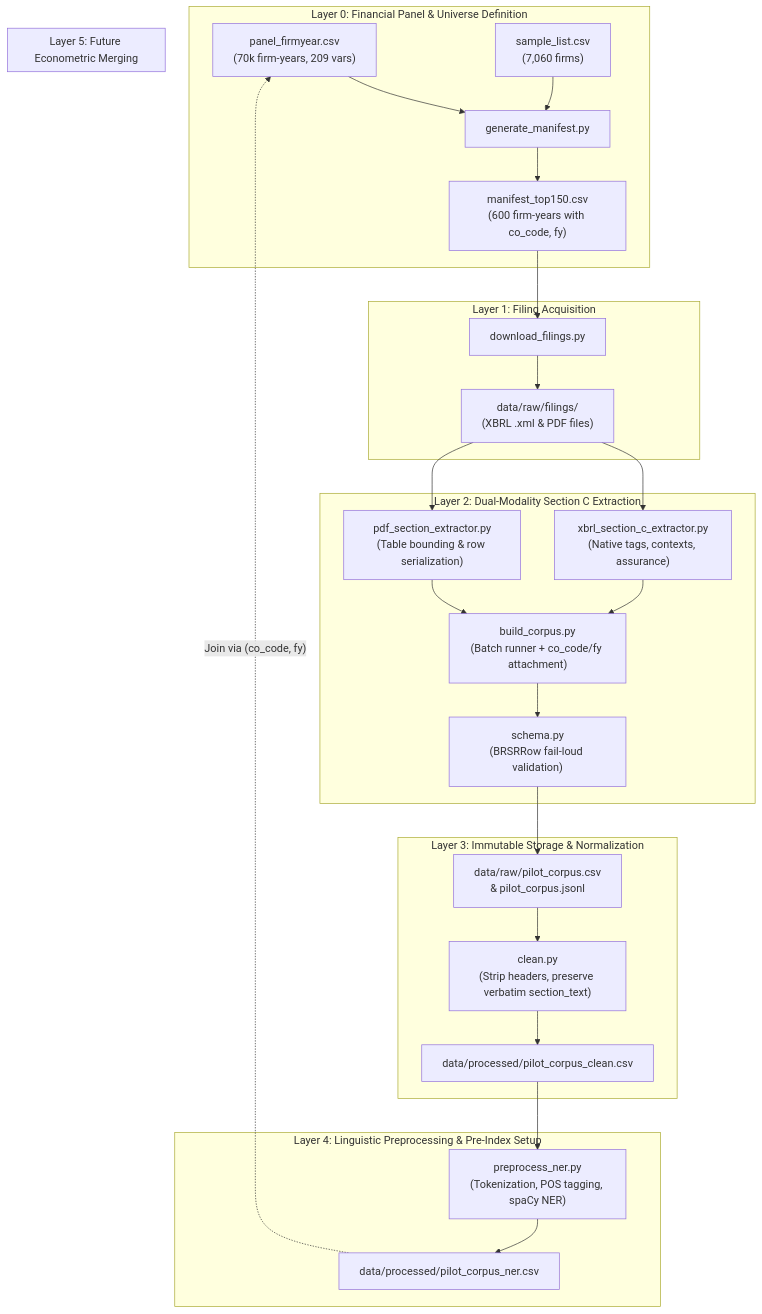
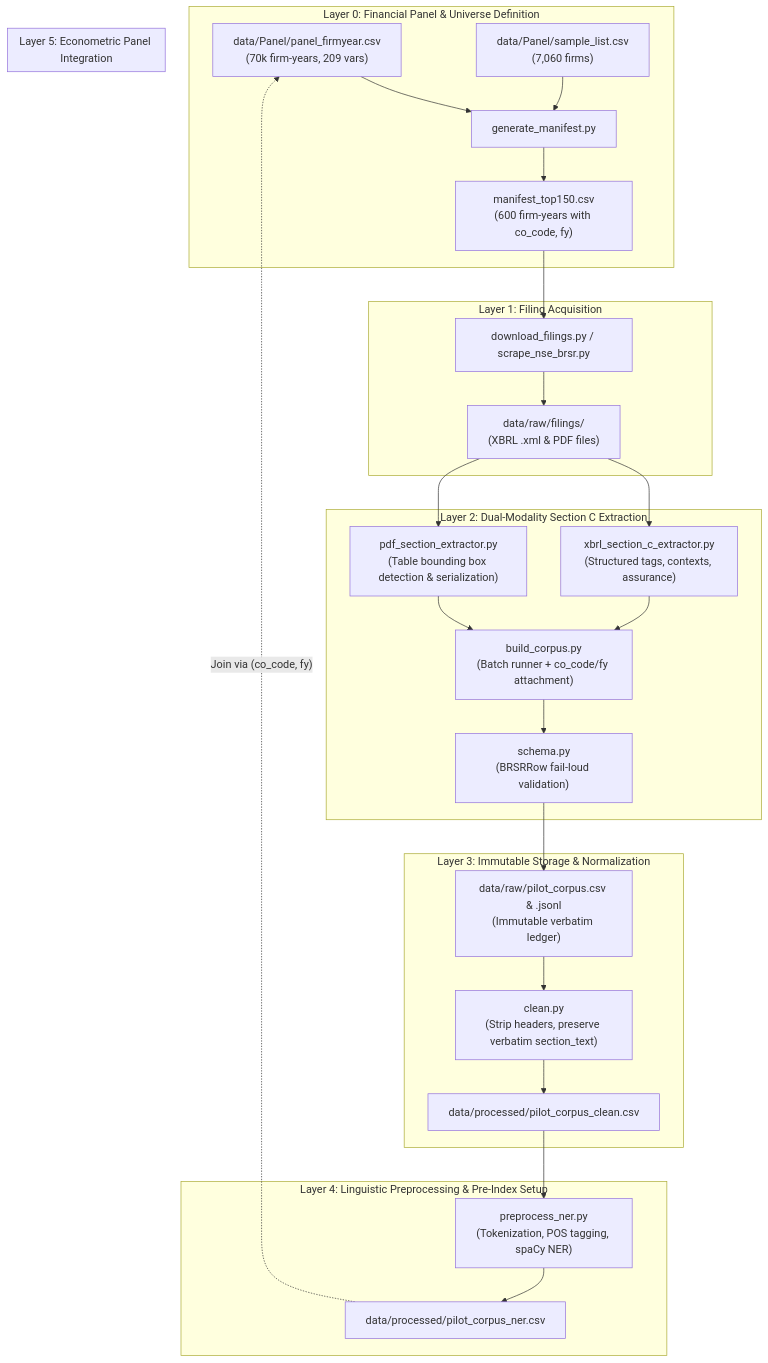
One commit to ShahilSingh3/brsr-nlp-econometric-panel changed the diagram in README.md. Above: the diagram before and after it, drawn with Mermaid. The commit also changed other lines of this file, not shown here.

````diff
--- a/README.md
+++ b/README.md
@@ -22,34 +49,34 @@
 ```mermaid
 flowchart TD
     subgraph S0["Layer 0: Financial Panel & Universe Definition"]
-        P1["panel_firmyear.csv<br/>(70k firm-years, 209 vars)"] & P2["sample_list.csv<br/>(7,060 firms)"] --> M1["generate_manifest.py"]
+        P1["data/Panel/panel_firmyear.csv<br/>(70k firm-years, 209 vars)"] & P2["data/Panel/sample_list.csv<br/>(7,060 firms)"] --> M1["generate_manifest.py"]
         M1 --> M2["manifest_top150.csv<br/>(600 firm-years with co_code, fy)"]
     end
 
     subgraph S1["Layer 1: Filing Acquisition"]
-        M2 --> D1["download_filings.py"]
+        M2 --> D1["download_filings.py / scrape_nse_brsr.py"]
         D1 --> F1["data/raw/filings/<br/>(XBRL .xml & PDF files)"]
     end
 
     subgraph S2["Layer 2: Dual-Modality Section C Extraction"]
-        F1 --> E1["xbrl_section_c_extractor.py<br/>(Native tags, contexts, assurance)"]
-        F1 --> E2["pdf_section_extractor.py<br/>(Table bounding & row serialization)"]
+        F1 --> E1["xbrl_section_c_extractor.py<br/>(Structured tags, contexts, assurance)"]
+        F1 --> E2["pdf_section_extractor.py<br/>(Table bounding box detection & serialization)"]
         E1 & E2 --> B1["build_corpus.py<br/>(Batch runner + co_code/fy attachment)"]
         B1 --> SC["schema.py<br/>(BRSRRow fail-loud validation)"]
     end
 
     subgraph S3["Layer 3: Immutable Storage & Normalization"]
-        SC --> R1["data/raw/pilot_corpus.csv<br/>& pilot_corpus.jsonl"]
+        SC --> R1["data/raw/pilot_corpus.csv & .jsonl<br/>(Immutable verbatim ledger)"]
         R1 --> C1["clean.py<br/>(Strip headers, preserve verbatim section_text)"]
         C1 --> P3["data/processed/pilot_corpus_clean.csv"]
     end
 
     subgraph S4["Layer 4: Linguistic Preprocessing & Pre-Index Setup"]
         P3 --> N1["preprocess_ner.py<br/>(Tokenization, POS tagging, spaCy NER)"]
         N1 --> P4["data/processed/pilot_corpus_ner.csv"]
     end
 
-    subgraph S5["Layer 5: Future Econometric Merging"]
+    subgraph S5["Layer 5: Econometric Panel Integration"]
         P4 -.->|"Join via (co_code, fy)"| P1
     end
 ```
````
